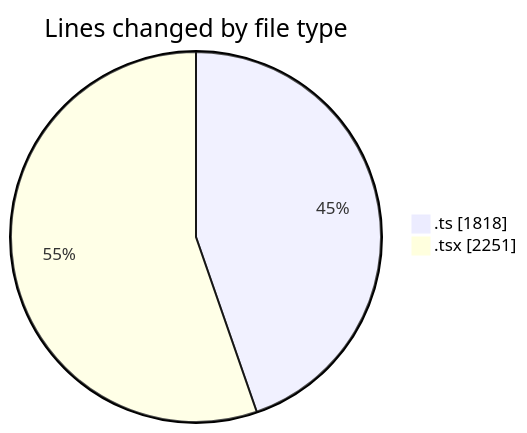
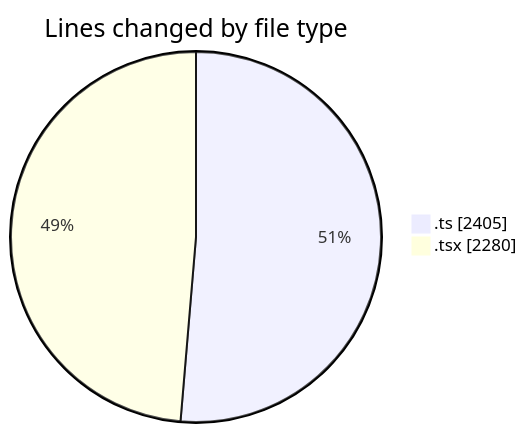
Before and after one commit to nxtqubesakshisongat/code-tracking: the first of 2 diagrams in 2026-03-13/nxtqube_webapp/README.md, drawn with Mermaid. The commit also changed other lines of this file and 1 other file, not shown here.

````diff
--- a/2026-03-13/nxtqube_webapp/README.md
+++ b/2026-03-13/nxtqube_webapp/README.md
@@ -21,6 +24,6 @@
 ```mermaid
 pie showData
 title Lines changed by file type
-".ts" : 1818
-".tsx" : 2251
+".ts" : 2405
+".tsx" : 2280
 ```
````
